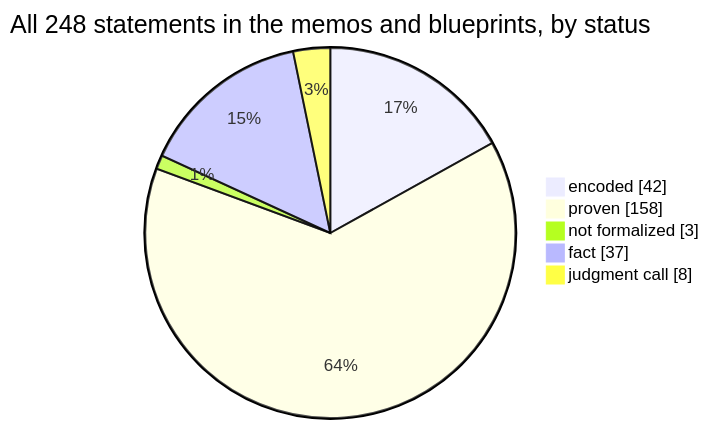
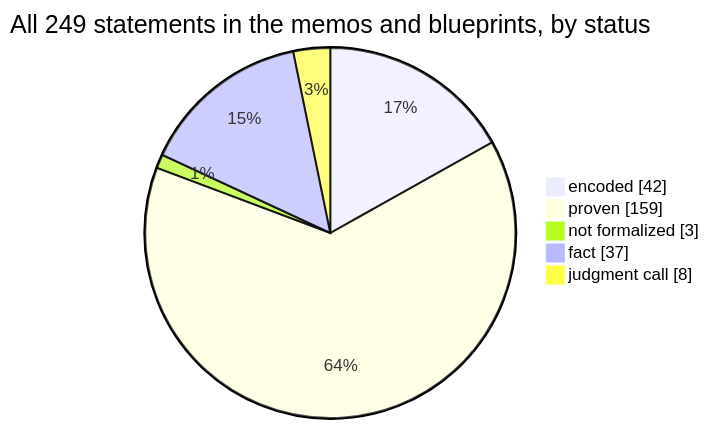
The first of 4 diagrams in docs/graphs/dashboard.md (SeanWMurray/Canteen), drawn with Mermaid before and after one commit. The commit also changed other lines of this file and 14 other files, not shown here.

````diff
--- a/docs/graphs/dashboard.md
+++ b/docs/graphs/dashboard.md
@@ -11,8 +11,8 @@
 ```mermaid
-pie showData title All 248 statements in the memos and blueprints, by status
+pie showData title All 249 statements in the memos and blueprints, by status
     "encoded" : 42
-    "proven" : 158
+    "proven" : 159
     "not formalized" : 3
     "fact" : 37
     "judgment call" : 8
 ```
````
